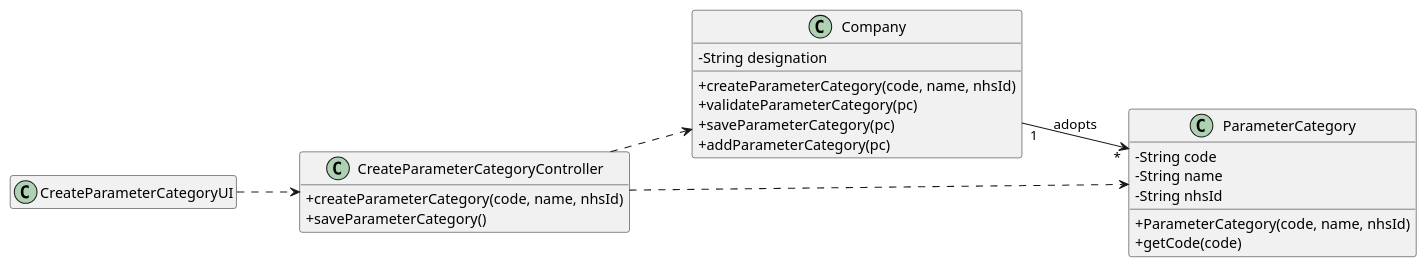
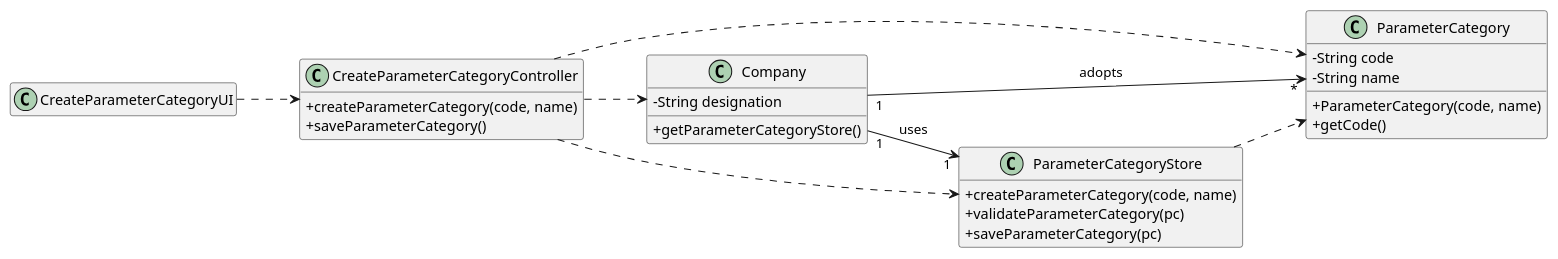
One commit to ana-albergaria/LAPR2-ISEP changed the diagram in docs/SprintB/US_11/US11_CD.puml. Above: the diagram before and after it, drawn with PlantUML. The commit also changed 22 other files, not shown here.

Commit message:
Corrected US11 and US10 Diagrams, Corrected US11 Code and Finished US10 Code.

```diff
--- a/docs/SprintB/US_11/US11_CD.puml
+++ b/docs/SprintB/US_11/US11_CD.puml
@@ -1,37 +1,42 @@
 @startuml
 hide empty methods
 hide empty attributes
 left to right direction
 skinparam classAttributeIconSize 0
 
 class Company {
   -String designation
-  +createParameterCategory(code, name, nhsId)
-  +validateParameterCategory(pc)
-  +saveParameterCategory(pc)
-  +addParameterCategory(pc)
+  +getParameterCategoryStore()
 }
 
 class ParameterCategory {
    -String code
    -String name
-   -String nhsId
-   +ParameterCategory(code, name, nhsId)
-   +getCode(code)
+   +ParameterCategory(code, name)
+   +getCode()
+}
+
+class ParameterCategoryStore {
+    +createParameterCategory(code, name)
+    +validateParameterCategory(pc)
+    +saveParameterCategory(pc)
 }
 
 class CreateParameterCategoryController {
-  +createParameterCategory(code, name, nhsId)
+  +createParameterCategory(code, name)
   +saveParameterCategory()
 }
 
 class CreateParameterCategoryUI {
 }
 
 CreateParameterCategoryUI ..> CreateParameterCategoryController
 CreateParameterCategoryController ..> Company
 CreateParameterCategoryController ..> ParameterCategory
+CreateParameterCategoryController ..> ParameterCategoryStore
+ParameterCategoryStore ..> ParameterCategory
+Company "1" --> "1" ParameterCategoryStore : uses
 Company "1" --> "*" ParameterCategory : adopts
 
 
 @enduml
```
